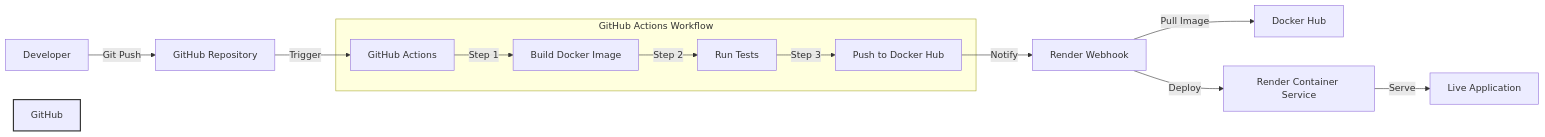
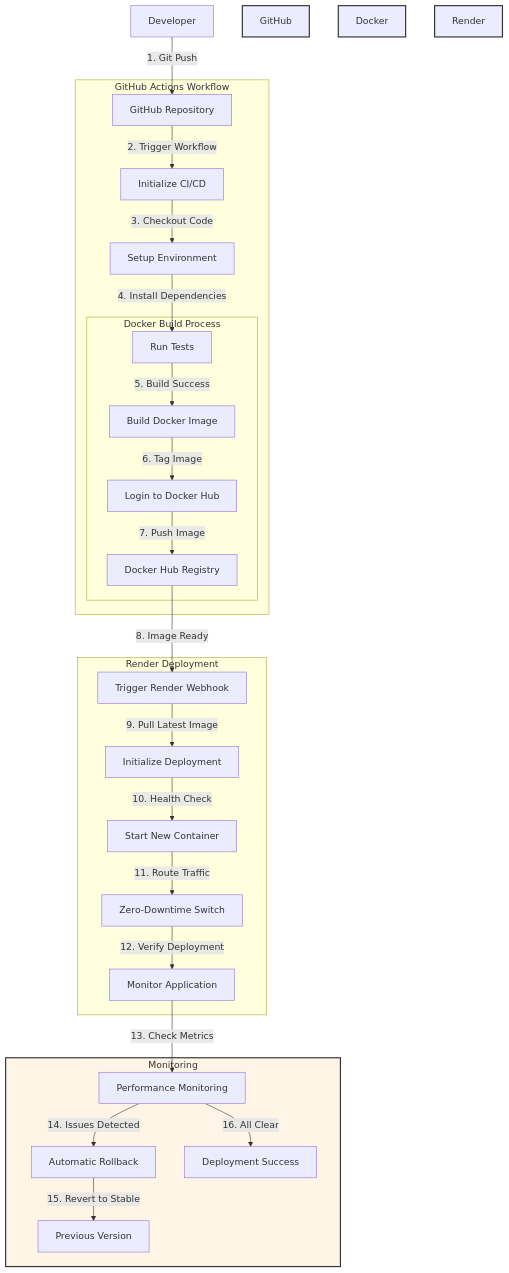
One commit to MeetInCode/ML_project_with_MLOPS changed the second of 2 diagrams in Readme.md. Above: the diagram before and after it, drawn with Mermaid. The commit also changed other lines of this file, not shown here.

````diff
--- a/Readme.md
+++ b/Readme.md
@@ -102,18 +129,36 @@
 ```mermaid
-graph LR
-    A[Developer] -->|Git Push| B[GitHub Repository]
-    B -->|Trigger| C[GitHub Actions]
+graph TD
+    A[Developer] -->|"1. Git Push"| B[GitHub Repository]
 
-    subgraph GitHub Actions Workflow
-    C -->|Step 1| D[Build Docker Image]
-    D -->|Step 2| E[Run Tests]
-    E -->|Step 3| F[Push to Docker Hub]
+    subgraph "GitHub Actions Workflow"
+        B -->|"2. Trigger Workflow"| C[Initialize CI/CD]
+        C -->|"3. Checkout Code"| D[Setup Environment]
+        D -->|"4. Install Dependencies"| E[Run Tests]
+
+        subgraph "Docker Build Process"
+            E -->|"5. Build Success"| F[Build Docker Image]
+            F -->|"6. Tag Image"| G[Login to Docker Hub]
+            G -->|"7. Push Image"| H[Docker Hub Registry]
+        end
     end
 
-    F -->|Notify| G[Render Webhook]
-    G -->|Pull Image| H[Docker Hub]
-    G -->|Deploy| I[Render Container Service]
-    I -->|Serve| J[Live Application]
+    subgraph "Render Deployment"
+        H -->|"8. Image Ready"| I[Trigger Render Webhook]
+        I -->|"9. Pull Latest Image"| J[Initialize Deployment]
+        J -->|"10. Health Check"| K[Start New Container]
+        K -->|"11. Route Traffic"| L[Zero-Downtime Switch]
+        L -->|"12. Verify Deployment"| M[Monitor Application]
+    end
 
-    style GitHub Actions Workflow fill:#f5f5f5,stroke:#333,stroke-width:2px
+    subgraph "Monitoring"
+        M -->|"13. Check Metrics"| N[Performance Monitoring]
+        N -->|"14. Issues Detected"| O[Automatic Rollback]
+        O -->|"15. Revert to Stable"| P[Previous Version]
+        N -->|"16. All Clear"| Q[Deployment Success]
+    end
+
+    style GitHub Actions Workflow fill:#e6f3ff,stroke:#333,stroke-width:2px
+    style Docker Build Process fill:#e6ffe6,stroke:#333,stroke-width:2px
+    style Render Deployment fill:#ffe6e6,stroke:#333,stroke-width:2px
+    style Monitoring fill:#fff5e6,stroke:#333,stroke-width:2px
 ```
````
